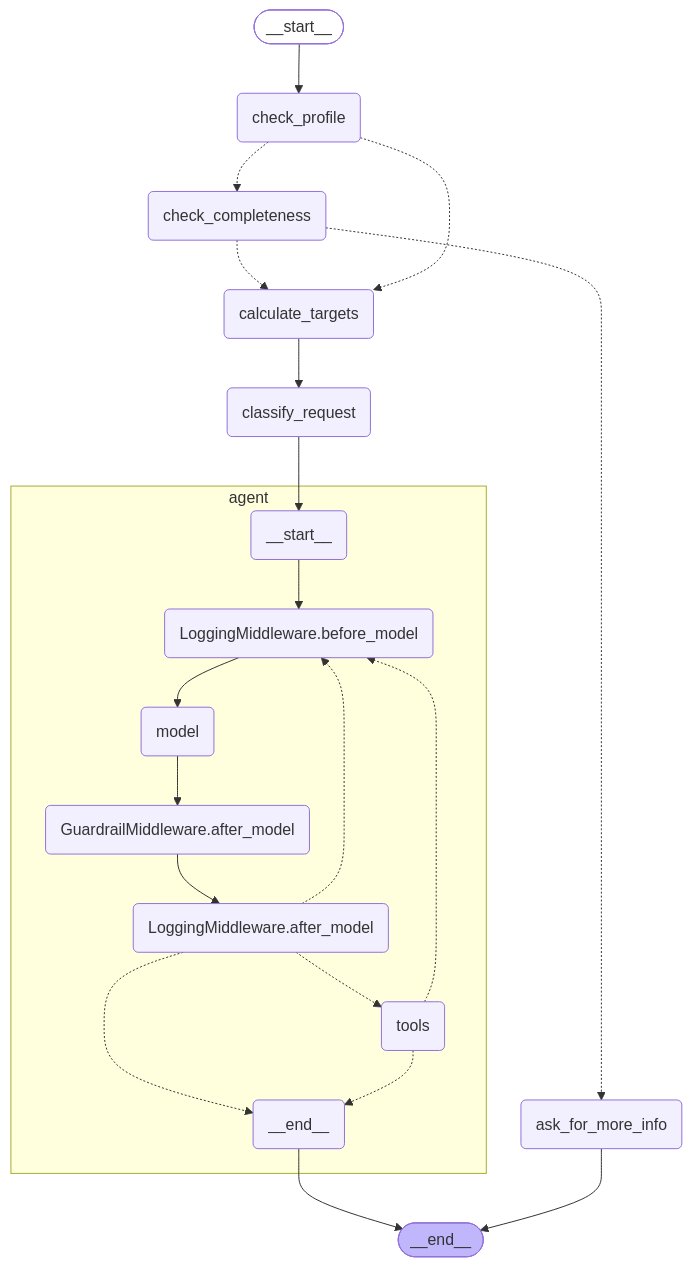
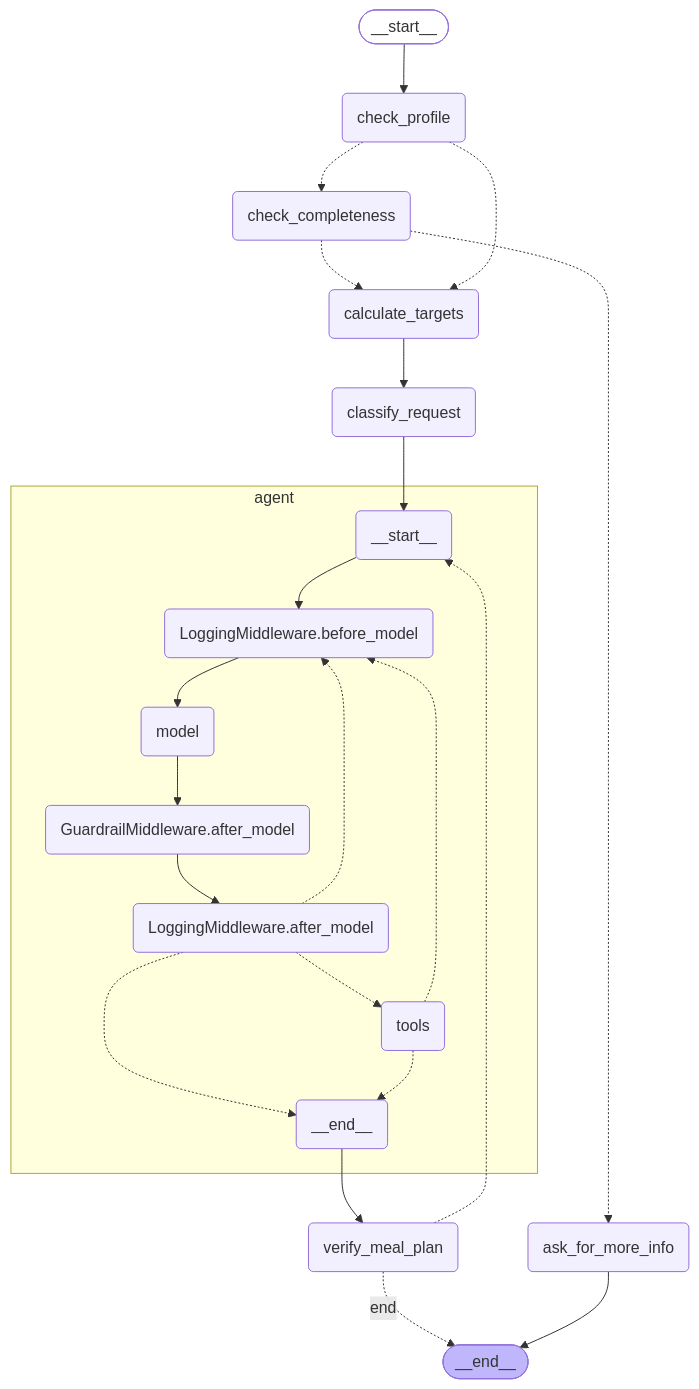
One commit to dlsalsgur03/gooddining-agent changed the diagram in README.md. Above: the diagram before and after it, drawn with Mermaid. The commit also changed other lines of this file and 24 other files, not shown here.

````diff
--- a/README.md
+++ b/README.md
@@ -64,40 +64,43 @@
 ```mermaid
 graph TD;
 	__start__([<p>__start__</p>]):::first
 	check_profile(check_profile)
 	check_completeness(check_completeness)
 	ask_for_more_info(ask_for_more_info)
 	calculate_targets(calculate_targets)
 	classify_request(classify_request)
+	verify_meal_plan(verify_meal_plan)
 	__end__([<p>__end__</p>]):::last
 	__start__ --> check_profile;
+	agent_end --> verify_meal_plan;
 	calculate_targets --> classify_request;
 	check_completeness -.-> ask_for_more_info;
 	check_completeness -.-> calculate_targets;
 	check_profile -.-> calculate_targets;
 	check_profile -.-> check_completeness;
 	classify_request --> agent_start;
-	agent_end --> __end__;
+	verify_meal_plan -. "end" .-> __end__;
+	verify_meal_plan -.-> agent_start;
 	ask_for_more_info --> __end__;
 	subgraph agent
 	agent_start(<p>__start__</p>)
 	agent_model(model)
 	agent_tools(tools)
 	agent_logging_before(LoggingMiddleware.before_model)
 	agent_logging_after(LoggingMiddleware.after_model)
 	agent_guardrail_after(GuardrailMiddleware.after_model)
 	agent_end(<p>__end__</p>)
 	agent_guardrail_after --> agent_logging_after;
 	agent_logging_after -.-> agent_logging_before;
 	agent_logging_after -.-> agent_end;
 	agent_logging_after -.-> agent_tools;
 	agent_logging_before --> agent_model;
 	agent_start --> agent_logging_before;
 	agent_model --> agent_guardrail_after;
 	agent_tools -.-> agent_logging_before;
 	agent_tools -.-> agent_end;
 	end
 	classDef default fill:#f2f0ff,line-height:1.2
 	classDef first fill-opacity:0
 	classDef last fill:#bfb6fc
 ```
````
